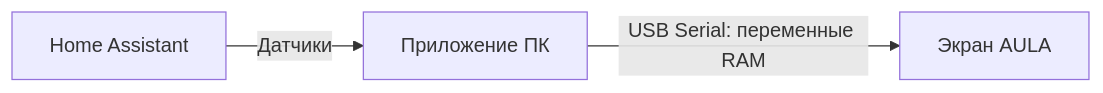
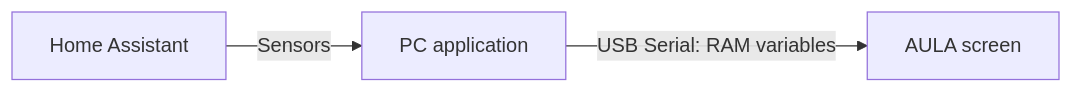
The second of 2 diagrams in README.md (softce/aula-l99-research), drawn with Mermaid before and after one commit. The commit also changed other lines of this file and 16 other files, not shown here.

````diff
--- a/README.md
+++ b/README.md
@@ -24,5 +24,5 @@
 ```mermaid
 flowchart LR
-    H[Home Assistant] -->|Датчики| P[Приложение ПК]
-    P -->|USB Serial: переменные RAM| S[Экран AULA]
+    H[Home Assistant] -->|Sensors| P[PC application]
+    P -->|USB Serial: RAM variables| S[AULA screen]
 ```
````
